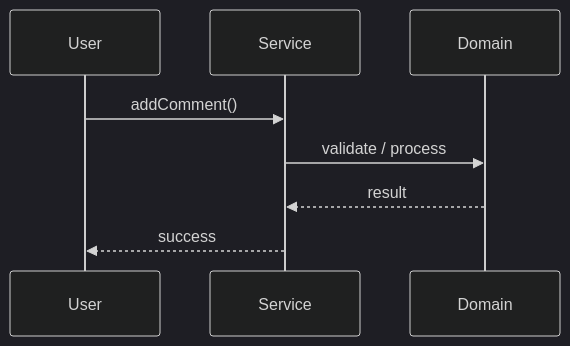
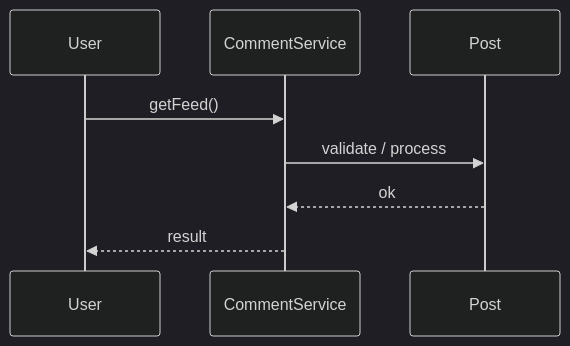
Before and after one commit to madhupaila/Interview-Prep-SSE: the second of 3 diagrams in Learn/System Design - Low Level Design/02-classic-ood/questions/Q46-comment-thread.md, drawn with Mermaid (dark theme). The commit also changed other lines of this file and 491 other files, not shown here.

````diff
--- a/Learn/System Design - Low Level Design/02-classic-ood/questions/Q46-comment-thread.md
+++ b/Learn/System Design - Low Level Design/02-classic-ood/questions/Q46-comment-thread.md
@@ -121,10 +151,10 @@
 ```mermaid
 sequenceDiagram
-    participant U as User
-    participant S as Service
-    participant D as Domain
-    U->>S: addComment()
-    S->>D: validate / process
-    D-->>S: result
-    S-->>U: success
+participant U as User
+participant S as CommentService
+participant D as Post
+U->>S: getFeed()
+S->>D: validate / process
+D-->>S: ok
+S-->>U: result
 ```
````
